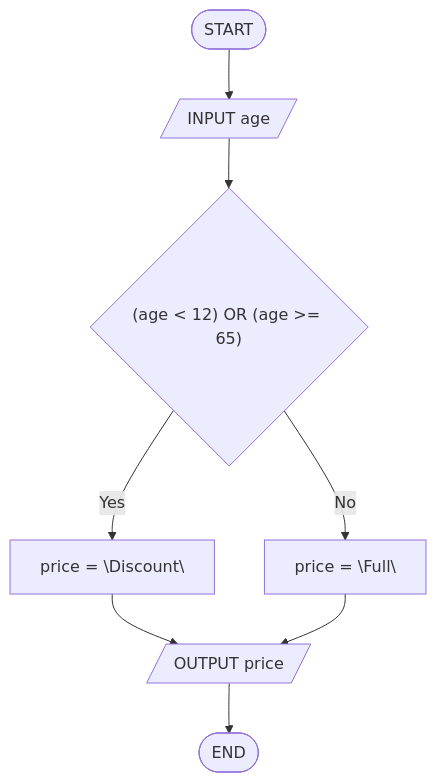
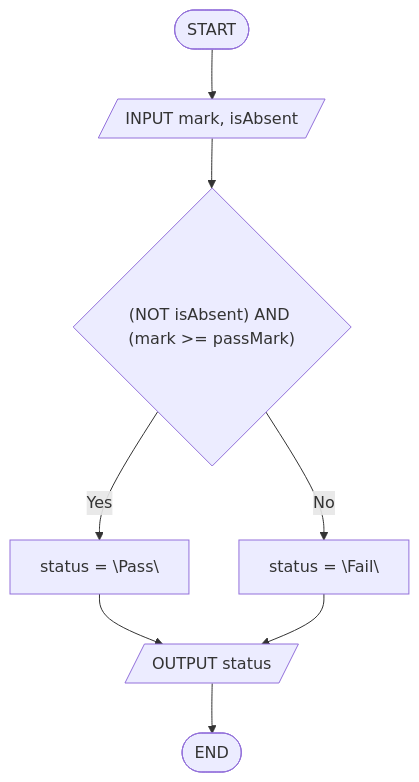
Before and after one commit to ISIBrussels/methodo-algo: the fourth of 5 diagrams in docs/seances/02/exercices_seance_02.md, drawn with Mermaid. The commit also changed other lines of this file and 1 other file, not shown here.

````diff
--- a/docs/seances/02/exercices_seance_02.md
+++ b/docs/seances/02/exercices_seance_02.md
@@ -207,10 +226,10 @@
 ```mermaid
 flowchart TB
-  A([START]) --> B[/INPUT age/]
-  B --> C{"(age < 12) OR (age >= 65)"}
-  C -->|Yes| D["price = \"Discount\""]
-  C -->|No| E["price = \"Full\""]
-  D --> F[/OUTPUT price/]
+  A([START]) --> B[/INPUT mark, isAbsent/]
+  B --> C{"(NOT isAbsent) AND (mark >= passMark)"}
+  C -->|Yes| D["status = \"Pass\""]
+  C -->|No| E["status = \"Fail\""]
+  D --> F[/OUTPUT status/]
   E --> F
   F --> G([END])
 ```
````
